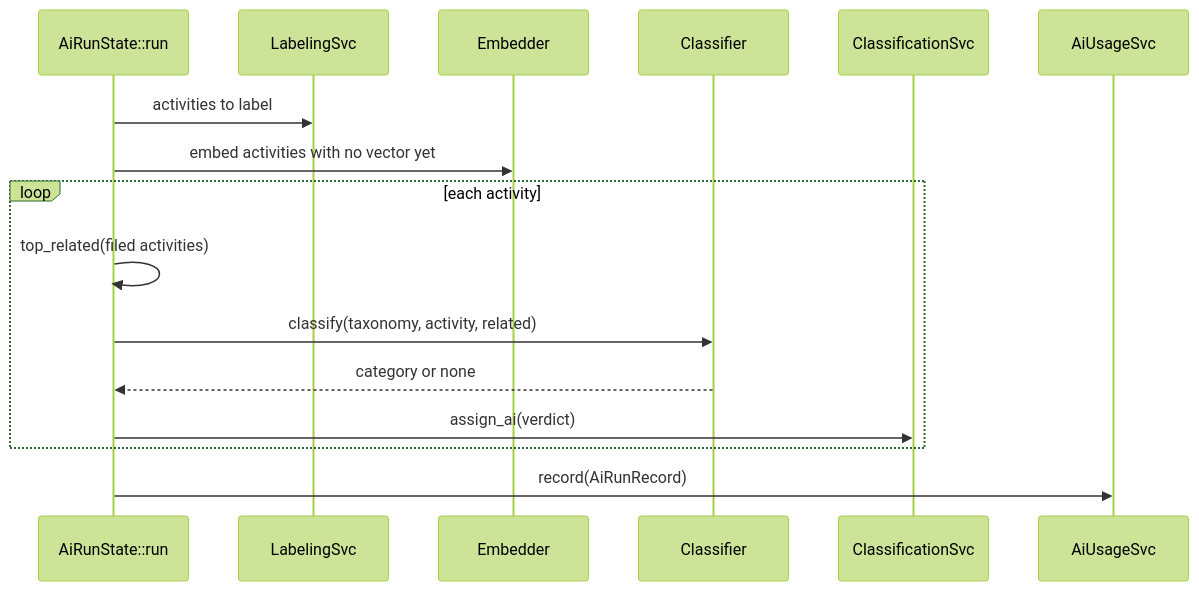
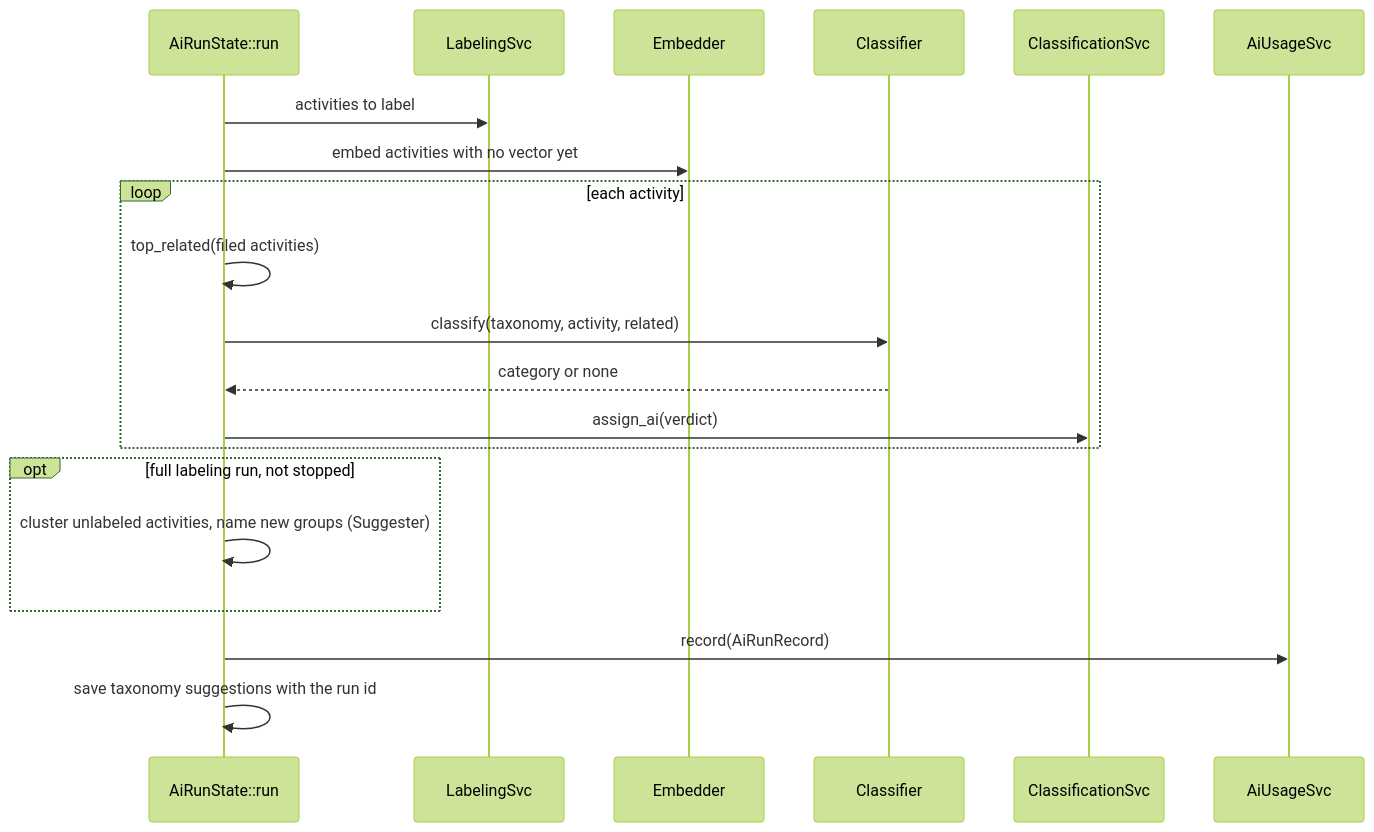
Before and after one commit to phucvinh57/makora: the fifth of 6 diagrams in docs/architecture/categorization.md, drawn with Mermaid (forest theme). The commit also changed other lines of this file and 37 other files, not shown here.

First line of the commit message:
Propose new categories for groups of activities the model could not file

````diff
--- a/docs/architecture/categorization.md
+++ b/docs/architecture/categorization.md
@@ -145,18 +157,22 @@
 ```mermaid
 sequenceDiagram
     participant Run as AiRunState::run
     participant Lab as LabelingSvc
     participant Emb as Embedder
     participant Cls as Classifier
     participant Svc as ClassificationSvc
     participant Use as AiUsageSvc
     Run->>Lab: activities to label
     Run->>Emb: embed activities with no vector yet
     loop each activity
         Run->>Run: top_related(filed activities)
         Run->>Cls: classify(taxonomy, activity, related)
         Cls-->>Run: category or none
         Run->>Svc: assign_ai(verdict)
     end
+    opt full labeling run, not stopped
+        Run->>Run: cluster unlabeled activities, name new groups (Suggester)
+    end
     Run->>Use: record(AiRunRecord)
+    Run->>Run: save taxonomy suggestions with the run id
 ```
````
